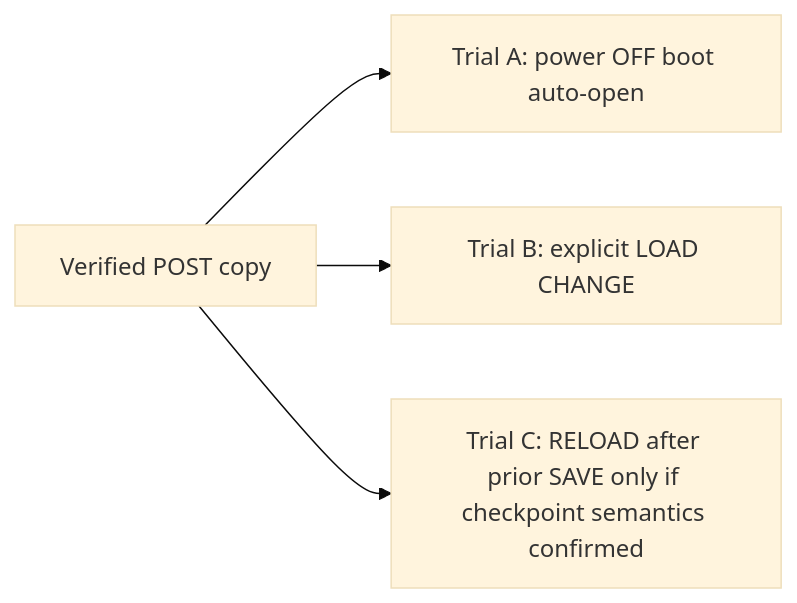
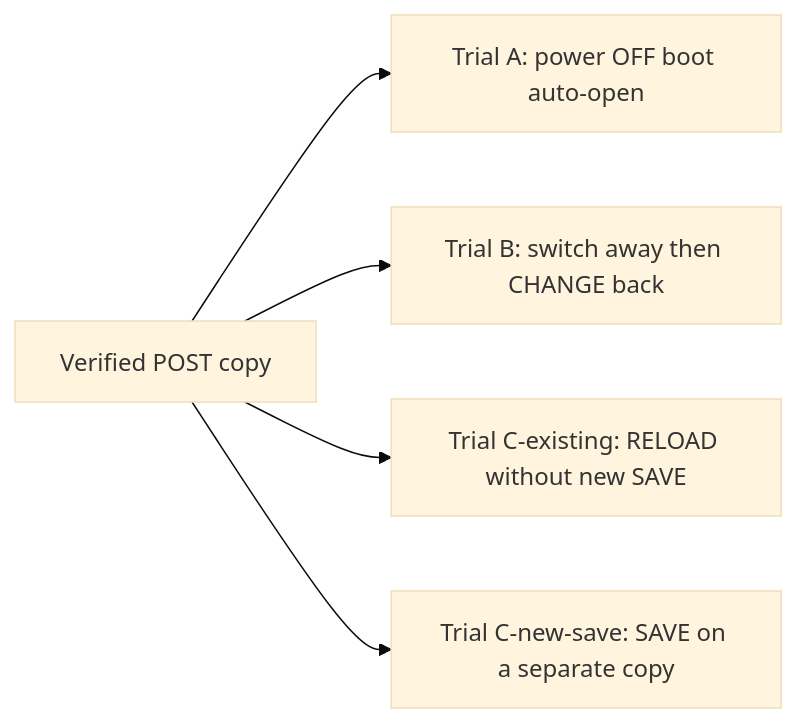
The diagram in docs/testing/MO_RC8_HARDWARE_CONTRAST_TRIAL.md (kaz4g/masterocta), drawn with Mermaid (base theme) before and after one commit. The commit also changed other lines of this file and 2 other files, not shown here.

````diff
--- a/docs/testing/MO_RC8_HARDWARE_CONTRAST_TRIAL.md
+++ b/docs/testing/MO_RC8_HARDWARE_CONTRAST_TRIAL.md
@@ -68,10 +68,12 @@
 ```mermaid
 flowchart LR
   postApply["Verified POST copy"]
   trialA["Trial A: power OFF boot auto-open"]
-  trialB["Trial B: explicit LOAD CHANGE"]
-  trialC["Trial C: RELOAD after prior SAVE only if checkpoint semantics confirmed"]
+  trialB["Trial B: switch away then CHANGE back"]
+  trialCexist["Trial C-existing: RELOAD without new SAVE"]
+  trialCsave["Trial C-new-save: SAVE on a separate copy"]
   postApply --> trialA
   postApply --> trialB
-  postApply --> trialC
+  postApply --> trialCexist
+  postApply --> trialCsave
 ```
````
